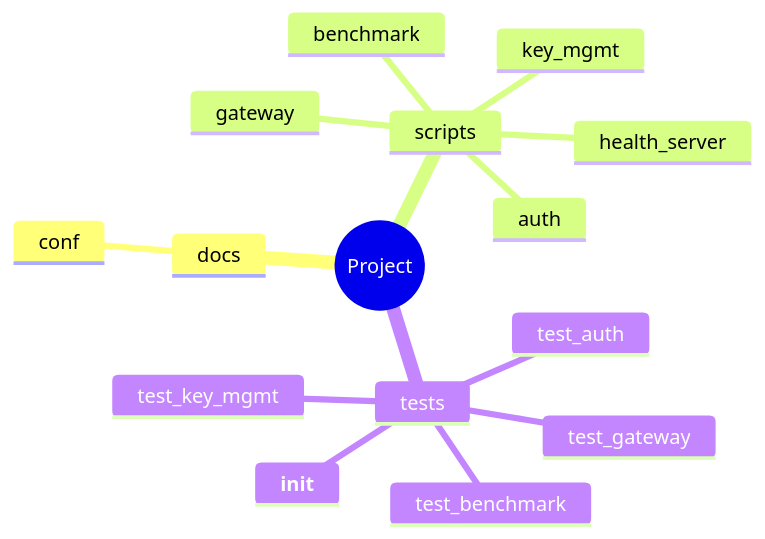
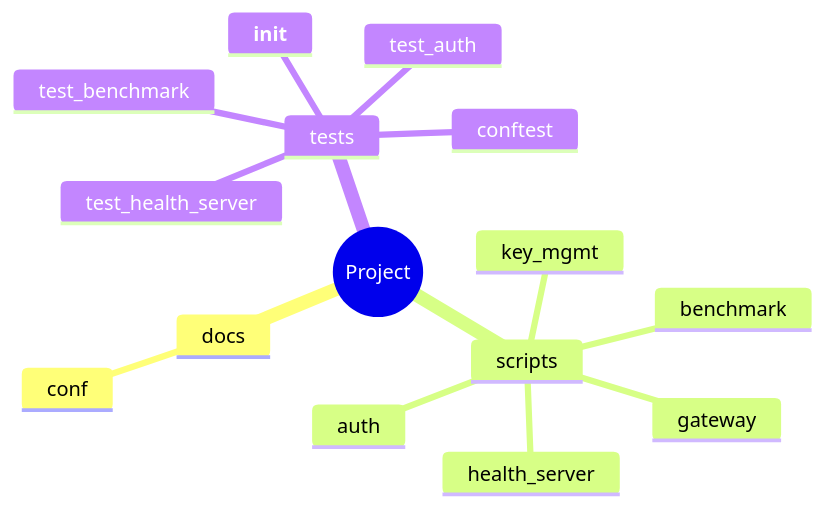
One commit to zepfu/llama-gguf-inference changed the fifth of 8 diagrams in docs/auto/ARCHITECTURE_AUTO.md. Above: the diagram before and after it, drawn with Mermaid. The commit also changed other lines of this file and 2 other files, not shown here.

````diff
--- a/docs/auto/ARCHITECTURE_AUTO.md
+++ b/docs/auto/ARCHITECTURE_AUTO.md
@@ -176,18 +179,18 @@
 ```mermaid
 mindmap
   root((Project))
     docs
       conf
     scripts
       benchmark
+      key_mgmt
       gateway
+      health_server
       auth
-      key_mgmt
-      health_server
     tests
-      test_gateway
+      __init__
+      conftest
       test_auth
-      test_key_mgmt
-      __init__
       test_benchmark
+      test_health_server
 ```
````
